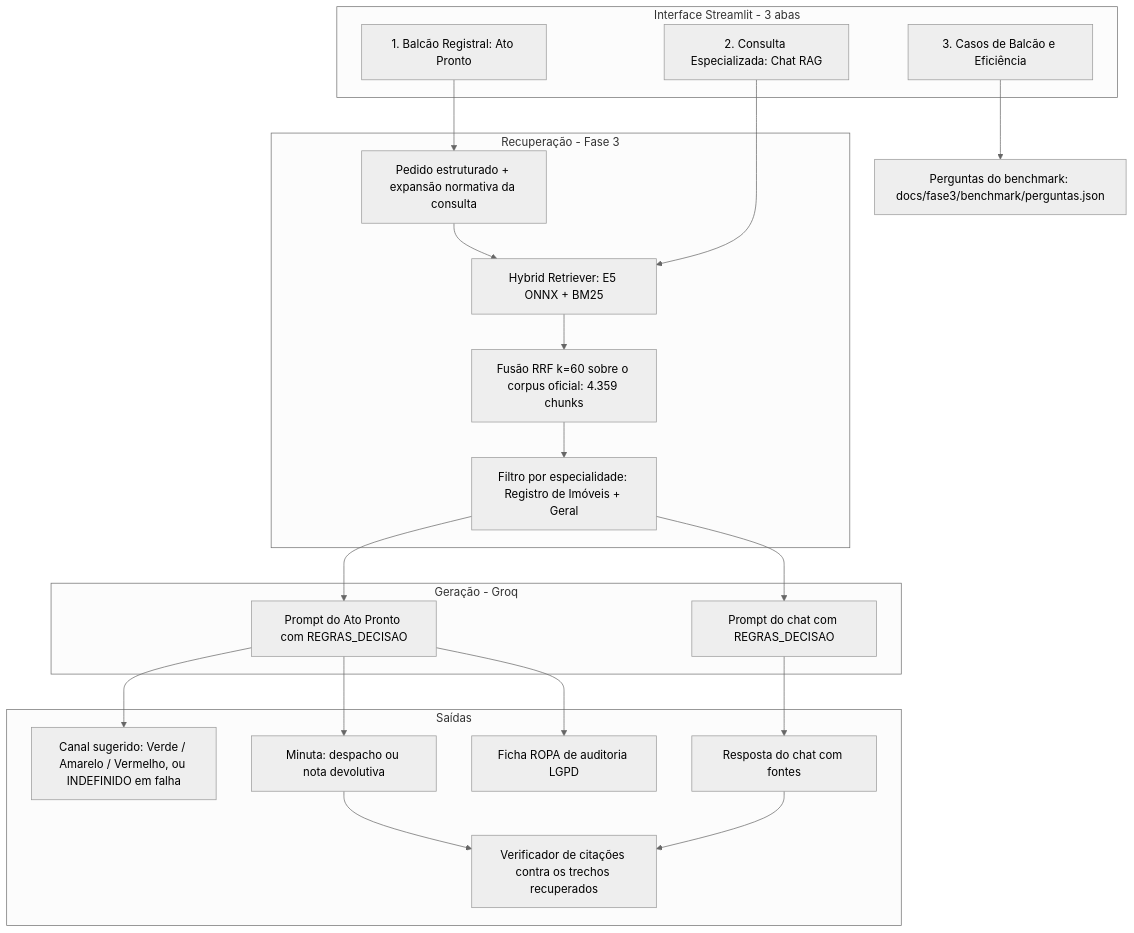
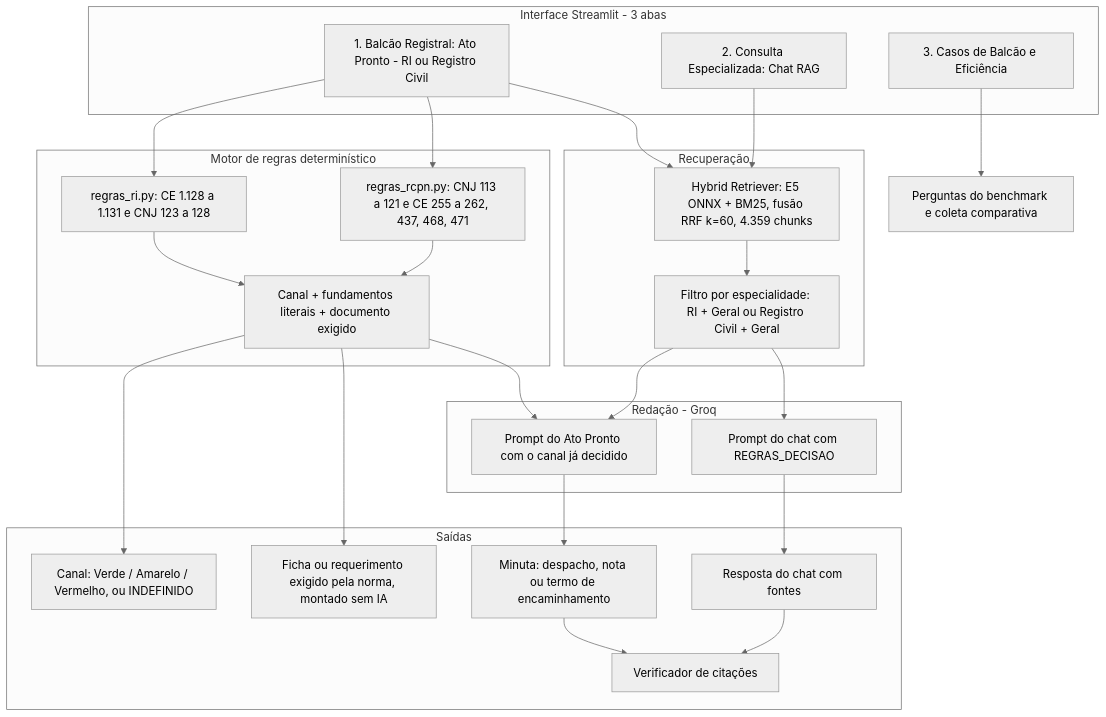
Before and after one commit to idarlandias/gov-legal-assistant-rag: the diagram in README.md, drawn with Mermaid (neutral theme). The commit also changed other lines of this file and 4 other files, not shown here.

````diff
--- a/README.md
+++ b/README.md
@@ -111,36 +120,41 @@
 ```mermaid
 flowchart TD
     subgraph UI["Interface Streamlit - 3 abas"]
-        A1[1. Balcão Registral: Ato Pronto]
+        A1[1. Balcão Registral: Ato Pronto - RI ou Registro Civil]
         A2[2. Consulta Especializada: Chat RAG]
         A3[3. Casos de Balcão e Eficiência]
     end
 
-    subgraph ENGINE["Recuperação - Fase 3"]
-        B[Pedido estruturado + expansão normativa da consulta]
-        C[Hybrid Retriever: E5 ONNX + BM25]
-        D[Fusão RRF k=60 sobre o corpus oficial: 4.359 chunks]
-        E[Filtro por especialidade: Registro de Imóveis + Geral]
+    subgraph REGRAS["Motor de regras determinístico"]
+        R1[regras_ri.py: CE 1.128 a 1.131 e CNJ 123 a 128]
+        R2[regras_rcpn.py: CNJ 113 a 121 e CE 255 a 262, 437, 468, 471]
+        R3[Canal + fundamentos literais + documento exigido]
     end
 
-    subgraph LLM["Geração - Groq"]
-        G1[Prompt do Ato Pronto com REGRAS_DECISAO]
+    subgraph ENGINE["Recuperação"]
+        C[Hybrid Retriever: E5 ONNX + BM25, fusão RRF k=60, 4.359 chunks]
+        E[Filtro por especialidade: RI + Geral ou Registro Civil + Geral]
+    end
+
+    subgraph LLM["Redação - Groq"]
+        G1[Prompt do Ato Pronto com o canal já decidido]
         G2[Prompt do chat com REGRAS_DECISAO]
     end
 
     subgraph OUTPUT["Saídas"]
-        F1[Canal sugerido: Verde / Amarelo / Vermelho, ou INDEFINIDO em falha]
-        F2[Minuta: despacho ou nota devolutiva]
-        F3[Ficha ROPA de auditoria LGPD]
+        F1[Canal: Verde / Amarelo / Vermelho, ou INDEFINIDO]
+        F2[Minuta: despacho, nota ou termo de encaminhamento]
+        F3[Ficha ou requerimento exigido pela norma, montado sem IA]
         F4[Resposta do chat com fontes]
-        V[Verificador de citações contra os trechos recuperados]
+        V[Verificador de citações]
     end
 
-    A1 --> B --> C
+    A1 --> R1 & R2 --> R3
+    R3 --> F1 & F3
+    A1 --> C --> E --> G1 --> F2
+    R3 --> G1
     A2 --> C
-    C --> D --> E
-    E --> G1 --> F1 & F2 & F3
     E --> G2 --> F4
     F2 & F4 --> V
-    A3 --> Q[Perguntas do benchmark: docs/fase3/benchmark/perguntas.json]
+    A3 --> Q[Perguntas do benchmark e coleta comparativa]
 ```
````
